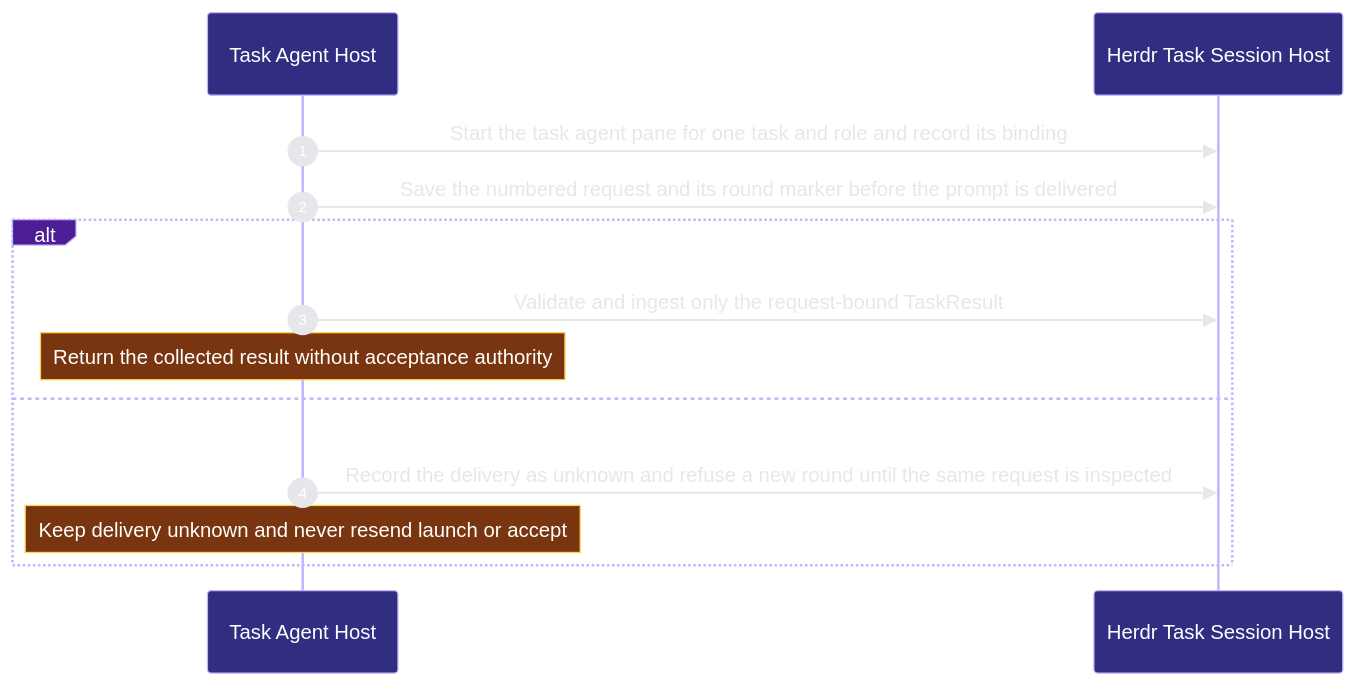
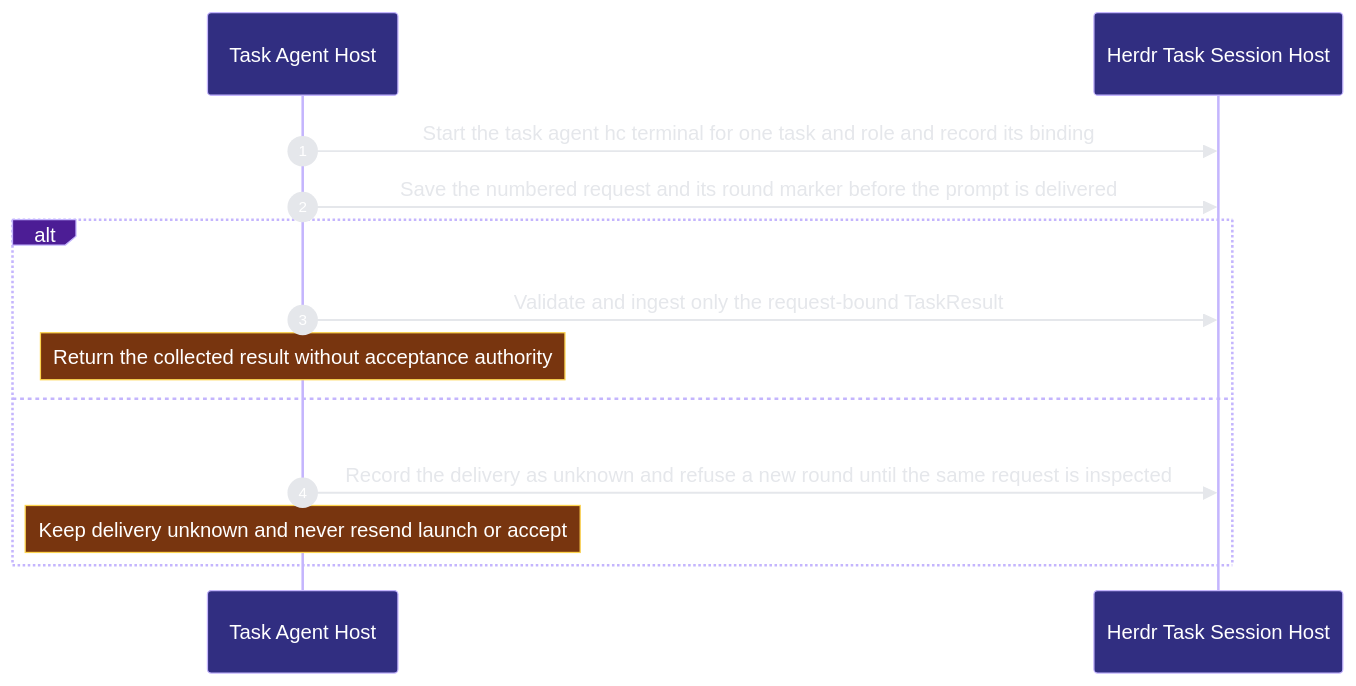
Before and after one commit to Ancienttwo/repo-harness: the second of 2 diagrams in docs/architecture/modules/runtime-harness/task-agent-host.md, drawn with Mermaid. The commit also changed other lines of this file and 4 other files, not shown here.

First line of the commit message:
docs(architecture): project the herdr-core model and correct the collector hc reads (#1483, #1532)

````diff
--- a/docs/architecture/modules/runtime-harness/task-agent-host.md
+++ b/docs/architecture/modules/runtime-harness/task-agent-host.md
@@ -129,16 +126,16 @@
 ```mermaid
 %%{init: {"theme":"base","themeVariables":{"background":"#0d1117","actorBkg":"#312e81","actorBorder":"#c4b5fd","actorTextColor":"#ffffff","signalColor":"#e5e7eb","signalTextColor":"#e5e7eb","labelBoxBkgColor":"#4c1d95","labelBoxBorderColor":"#c4b5fd","labelTextColor":"#ffffff","noteBkgColor":"#78350f","noteBorderColor":"#fcd34d","noteTextColor":"#ffffff","sequenceNumberColor":"#ffffff"}}}%%
 sequenceDiagram
   autonumber
   participant p2_host_e62c1c09 as Task Agent Host
   participant p2_session_d4cd9053 as Herdr Task Session Host
-  p2_host_e62c1c09->>p2_session_d4cd9053: Start the task agent pane for one task and role and record its binding
+  p2_host_e62c1c09->>p2_session_d4cd9053: Start the task agent hc terminal for one task and role and record its binding
   p2_host_e62c1c09->>p2_session_d4cd9053: Save the numbered request and its round marker before the prompt is delivered
   alt The provider writes the exact request result
   p2_host_e62c1c09->>p2_session_d4cd9053: Validate and ingest only the request-bound TaskResult
     Note over p2_host_e62c1c09: Return the collected result without acceptance authority
   else The send response is lost or delivery is unknown
   p2_host_e62c1c09->>p2_session_d4cd9053: Record the delivery as unknown and refuse a new round until the same request is inspected
     Note over p2_host_e62c1c09: Keep delivery unknown and never resend launch or accept
   end
 ```
````
